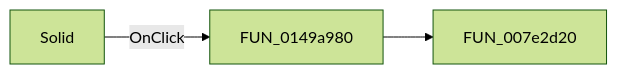
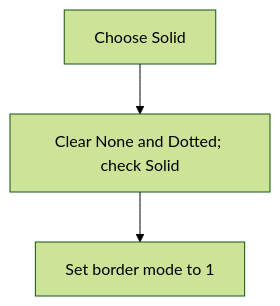
The diagram in docs/ui-controls/frmdesigntool/solidmnu-685cc50332.md (MovGP0/TIARA), drawn with Mermaid (forest theme) before and after one commit. The commit also changed other lines of this file and 387 other files, not shown here.

````diff
--- a/docs/ui-controls/frmdesigntool/solidmnu-685cc50332.md
+++ b/docs/ui-controls/frmdesigntool/solidmnu-685cc50332.md
@@ -27,5 +27,5 @@
 ```mermaid
-flowchart LR
-    control["Solid"] -->|OnClick| handler["FUN_0149a980"]
-    handler --> call1["FUN_007e2d20"]
+flowchart TD
+    click["Choose Solid"] --> checks["Clear None and Dotted; check Solid"]
+    checks --> mode["Set border mode to 1"]
 ```
````
